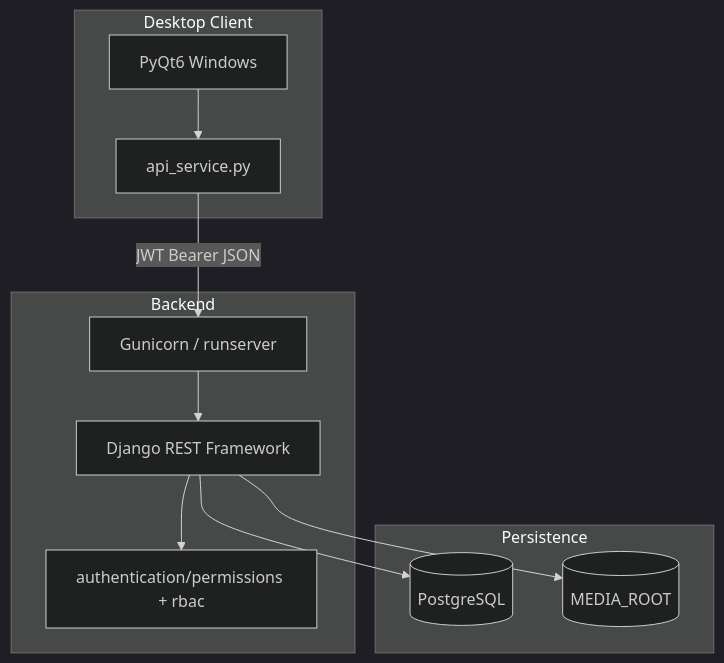
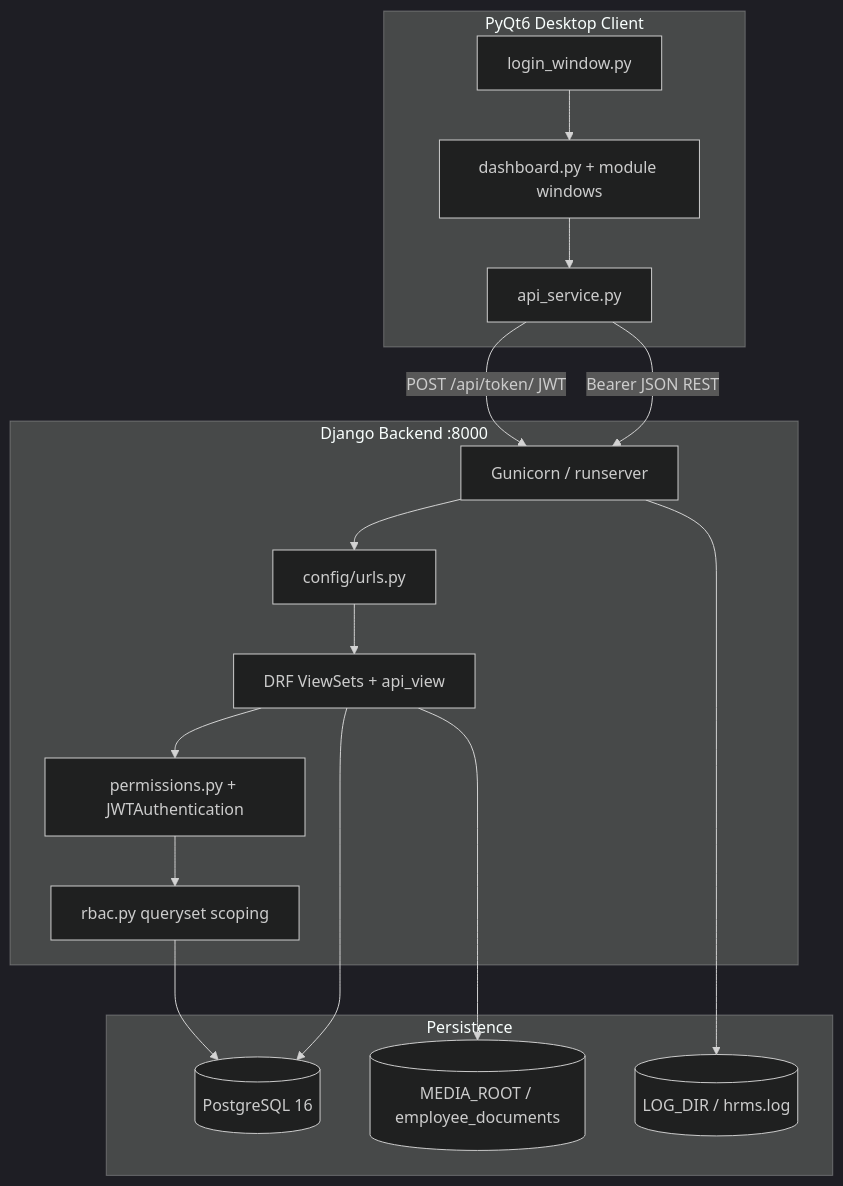
Before and after one commit to premkumarrs/hrms-system: the first of 2 diagrams in README.md, drawn with Mermaid (dark theme). The commit also changed other lines of this file, not shown here.

````diff
--- a/README.md
+++ b/README.md
@@ -104,22 +42,33 @@
 ```mermaid
 flowchart TB
-    subgraph client [Desktop Client]
-        UI[PyQt6 Windows]
-        API_CLIENT[api_service.py]
+    subgraph desktop [PyQt6 Desktop Client]
+        LW[login_window.py]
+        DW[dashboard.py + module windows]
+        API[api_service.py]
+        LW --> DW
+        DW --> API
     end
-    subgraph server [Backend]
-        GW[Gunicorn / runserver]
-        DRF[Django REST Framework]
-        RBAC[authentication/permissions + rbac]
+
+    subgraph django [Django Backend :8000]
+        GUN[Gunicorn / runserver]
+        URL[config/urls.py]
+        DRF[DRF ViewSets + api_view]
+        PERM[permissions.py + JWTAuthentication]
+        RBAC[rbac.py queryset scoping]
+        GUN --> URL --> DRF
+        DRF --> PERM --> RBAC
     end
-    subgraph data [Persistence]
-        PG[(PostgreSQL)]
-        MEDIA[(MEDIA_ROOT)]
+
+    subgraph storage [Persistence]
+        PG[(PostgreSQL 16)]
+        MEDIA[(MEDIA_ROOT / employee_documents)]
+        LOGS[(LOG_DIR / hrms.log)]
     end
-    UI --> API_CLIENT
-    API_CLIENT -->|JWT Bearer JSON| GW
-    GW --> DRF
-    DRF --> RBAC
+
+    API -->|POST /api/token/ JWT| GUN
+    API -->|Bearer JSON REST| GUN
+    RBAC --> PG
     DRF --> PG
     DRF --> MEDIA
+    GUN --> LOGS
 ```
````
